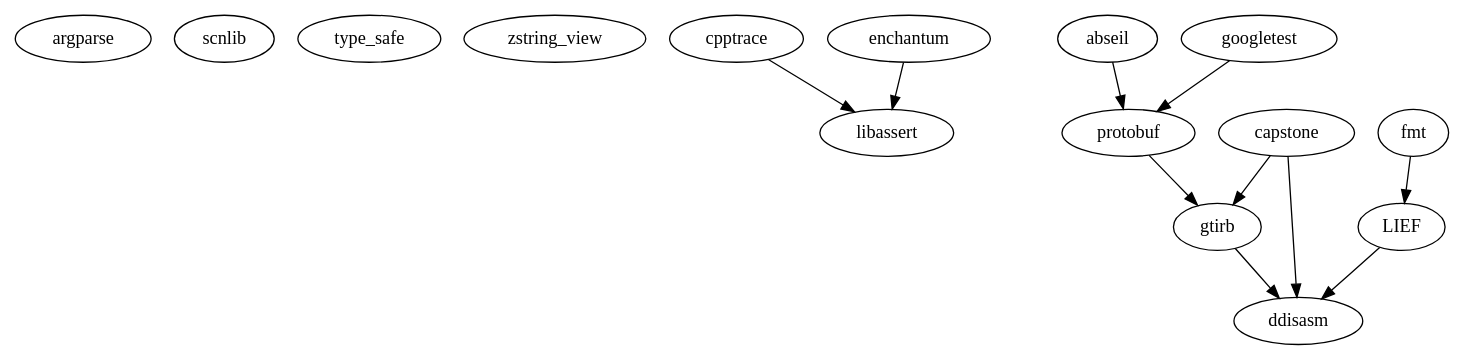
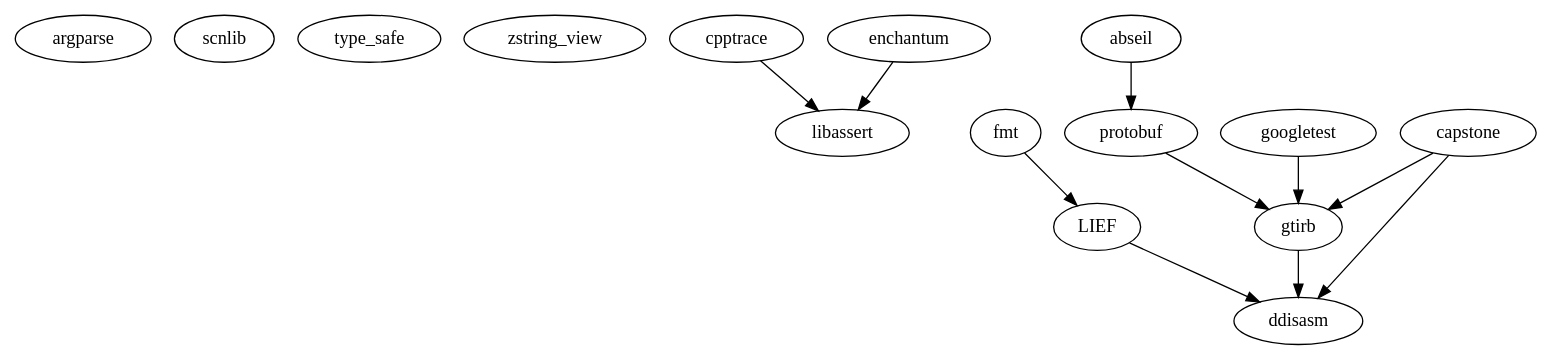
Before and after one commit to jevinskie/ddisasm-gtirb-umbrella: the diagram in docs/dep-graph.dot, drawn with Graphviz. The commit also changed 2 other files, not shown here.

```diff
--- a/docs/dep-graph.dot
+++ b/docs/dep-graph.dot
@@ -1,33 +1,33 @@
 digraph dep {
     ordering="out";
 
     argparse
     scnlib
     type_safe
     zstring_view
 
     cpptrace
     enchantum
     libassert
     cpptrace -> libassert
     enchantum -> libassert
 
     abseil
     protobuf
     abseil -> protobuf
 
     fmt
     LIEF
     fmt -> LIEF
 
     capstone
     googletest
     capstone -> gtirb
-    googletest -> protobuf
+    googletest -> gtirb
     protobuf -> gtirb
 
     ddisasm
     capstone -> ddisasm
     gtirb -> ddisasm
     LIEF -> ddisasm
 }
```
